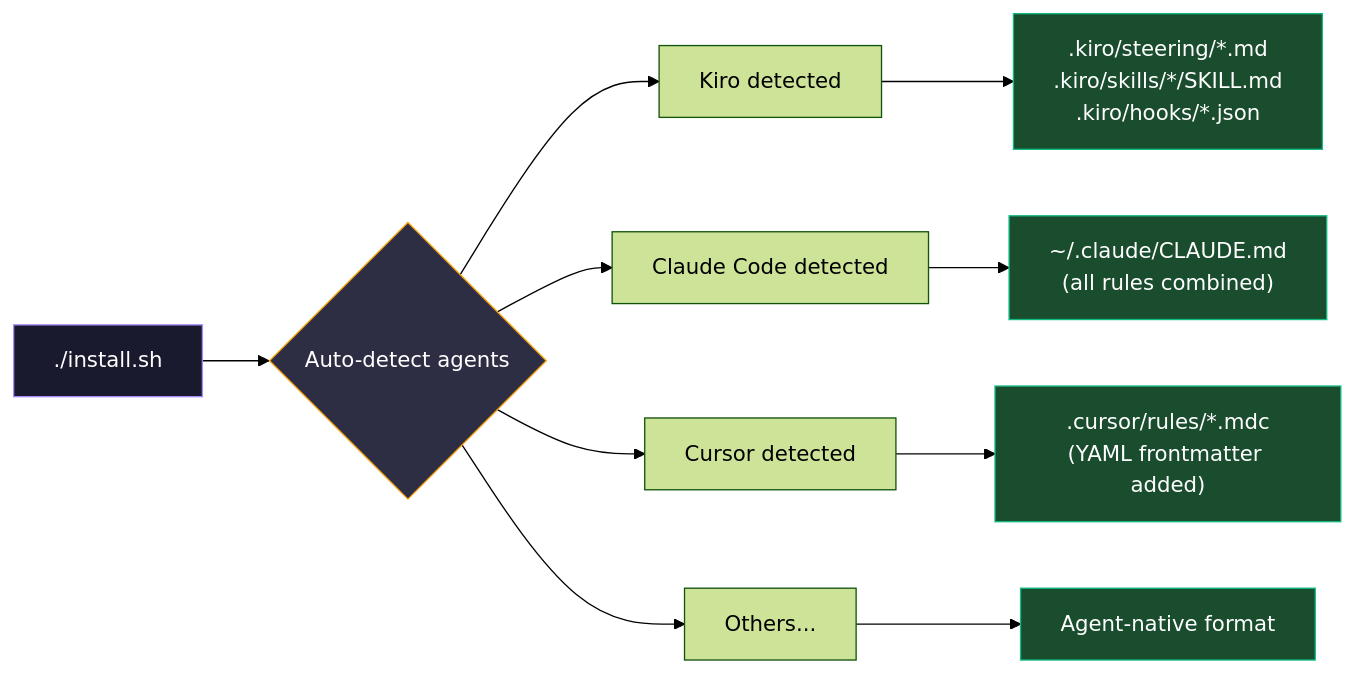
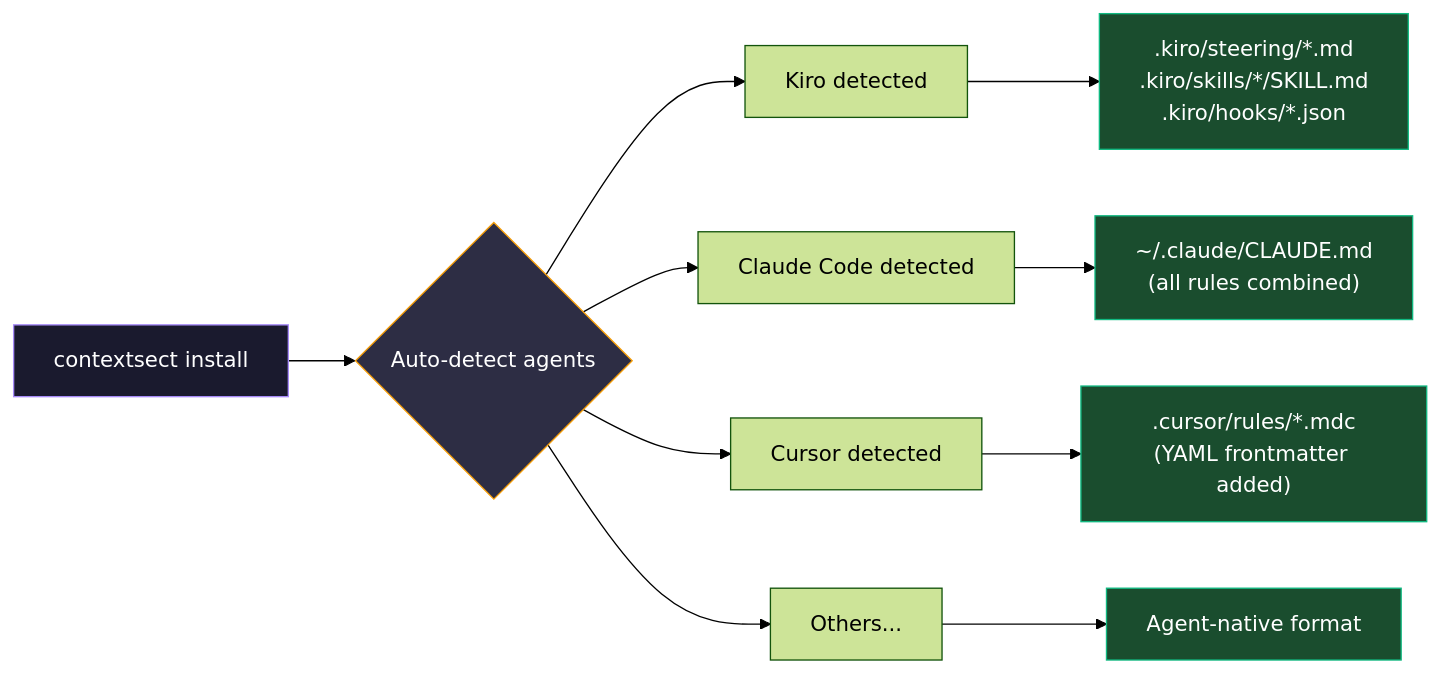
The diagram in docs/install.md (BhavanPatel/context-sect), drawn with Mermaid (forest theme) before and after one commit. The commit also changed other lines of this file and 3 other files, not shown here.

First line of the commit message:
fix: replace ./install.sh refs with contextsect CLI in user-facing docs

````diff
--- a/docs/install.md
+++ b/docs/install.md
@@ -47,20 +47,20 @@
 ```mermaid
 flowchart LR
-    A[./install.sh] --> B{Auto-detect agents}
+    A[contextsect install] --> B{Auto-detect agents}
     B --> C[Kiro detected]
     B --> D[Claude Code detected]
     B --> E[Cursor detected]
     B --> F[Others...]
     
     C --> C1[".kiro/steering/*.md<br/>.kiro/skills/*/SKILL.md<br/>.kiro/hooks/*.json"]
     D --> D1["~/.claude/CLAUDE.md<br/>(all rules combined)"]
     E --> E1[".cursor/rules/*.mdc<br/>(YAML frontmatter added)"]
     F --> F1["Agent-native format"]
 
     style A fill:#1a1a2e,stroke:#a78bfa,color:#fff
     style B fill:#2d2d44,stroke:#f59e0b,color:#fff
     style C1 fill:#1a4d2e,stroke:#10b981,color:#fff
     style D1 fill:#1a4d2e,stroke:#10b981,color:#fff
     style E1 fill:#1a4d2e,stroke:#10b981,color:#fff
     style F1 fill:#1a4d2e,stroke:#10b981,color:#fff
 ```
````
